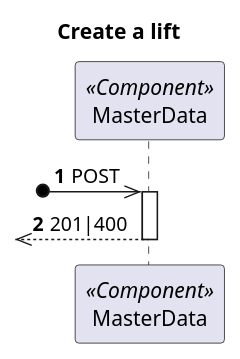
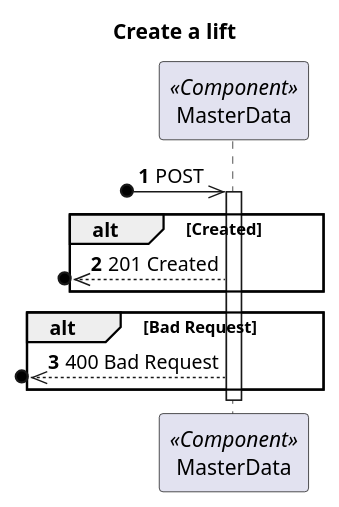
The diagram in docs/Vista Processo/US270/ProcessView_Level2_US270.puml (1210910/lapr5), drawn with PlantUML before and after one commit. The commit also changed 14 other files, not shown here.

Commit message:
Update Level 3 Process Diagrams

```diff
--- a/docs/Vista Processo/US270/ProcessView_Level2_US270.puml
+++ b/docs/Vista Processo/US270/ProcessView_Level2_US270.puml
@@ -1,18 +1,23 @@
 @startuml
 'https://plantuml.com/sequence-diagram
 
 autonumber
 skinparam packageStyle rect
 
 title Create a lift
 
 participant "MasterData" as MD <<Component>>
 
 ?o->> MD : POST
 
 activate MD
-?o<<-- MD : 201|400
+alt Created
+   ?o<<--MD : 201 Created
+end
+alt Bad Request
+   ?o<<--MD : 400 Bad Request
+end
 deactivate MD
 
 
 @enduml
```
